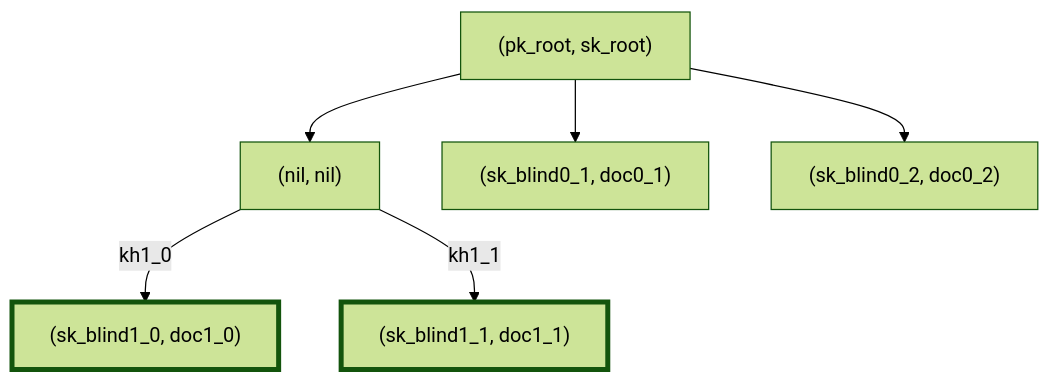
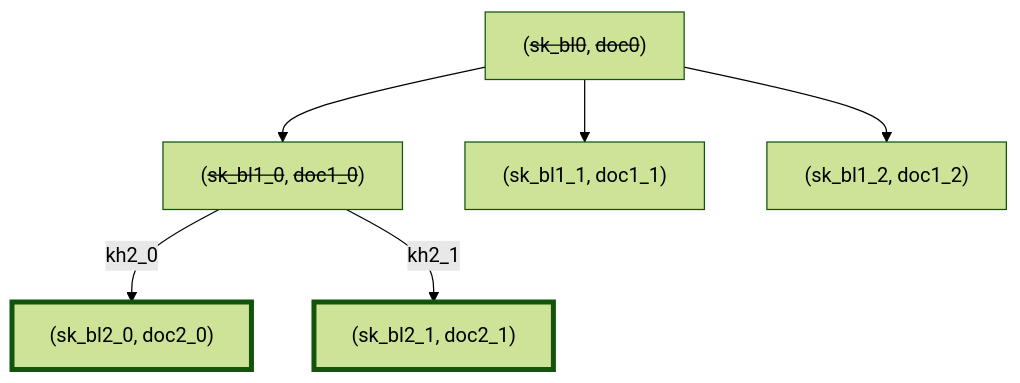
Before and after one commit to sander/hierarchical-deterministic-keys: the fifth of 5 diagrams in keys.md, drawn with Mermaid (forest theme). The commit also changed other lines of this file, not shown here.

````diff
--- a/keys.md
+++ b/keys.md
@@ -72,11 +85,11 @@
 ```mermaid
 flowchart
-root["(pk_root, sk_root)"]
-root --> l1_0["(nil, nil)"]
-root --> l1_1["(sk_blind0_1, doc0_1)"]
-root --> l1_2["(sk_blind0_2, doc0_2)"]
-l1_0 --kh1_0--> l2_0["(sk_blind1_0, doc1_0)"]
-l1_0 --kh1_1--> l2_1["(sk_blind1_1, doc1_1)"]
+root["(<del>sk_bl0</del>, <del>doc0</del>)"]
+root --> l1_0["(<del>sk_bl1_0</del>, <del>doc1_0</del>)"]
+root --> l1_1["(sk_bl1_1, doc1_1)"]
+root --> l1_2["(sk_bl1_2, doc1_2)"]
+l1_0 --kh2_0--> l2_0["(sk_bl2_0, doc2_0)"]
+l1_0 --kh2_1--> l2_1["(sk_bl2_1, doc2_1)"]
 style l2_0 stroke-width:4px
 style l2_1 stroke-width:4px
 ```
````
